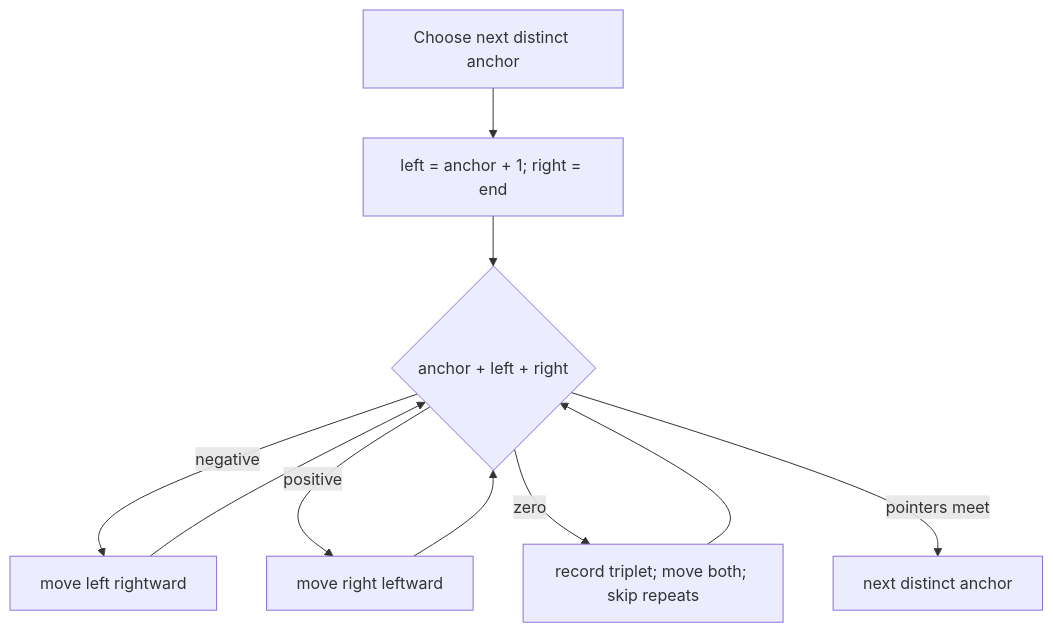
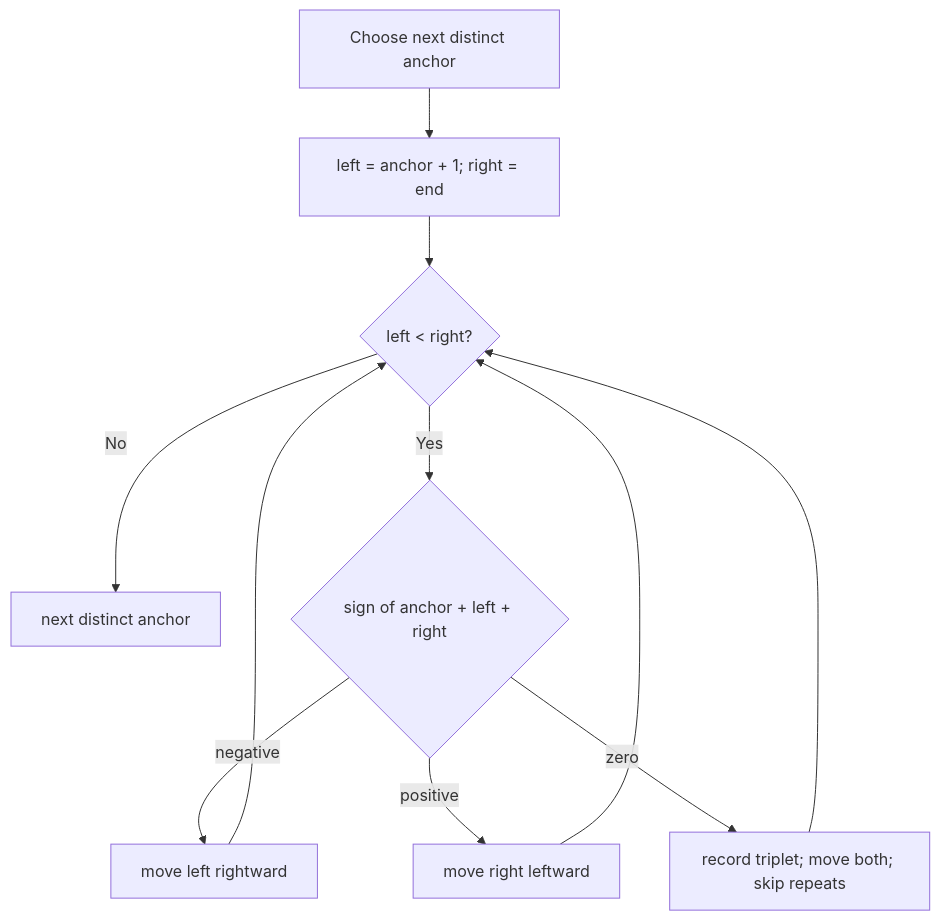
The diagram in recall/ThreeSum.md (albihasani94/neetcode150), drawn with Mermaid before and after one commit. The commit also changed 4 other files, not shown here.

````diff
--- a/recall/ThreeSum.md
+++ b/recall/ThreeSum.md
@@ -21,12 +21,13 @@
 ```mermaid
 flowchart TD
     A["Choose next distinct anchor"] --> P["left = anchor + 1; right = end"]
-    P --> C{"anchor + left + right"}
+    P --> W{"left < right?"}
+    W -->|No| N["next distinct anchor"]
+    W -->|Yes| C{"sign of anchor + left + right"}
     C -->|negative| L["move left rightward"]
     C -->|positive| R["move right leftward"]
     C -->|zero| H["record triplet; move both; skip repeats"]
-    L --> C
-    R --> C
-    H --> C
-    C -->|pointers meet| N["next distinct anchor"]
+    L --> W
+    R --> W
+    H --> W
 ```
````
